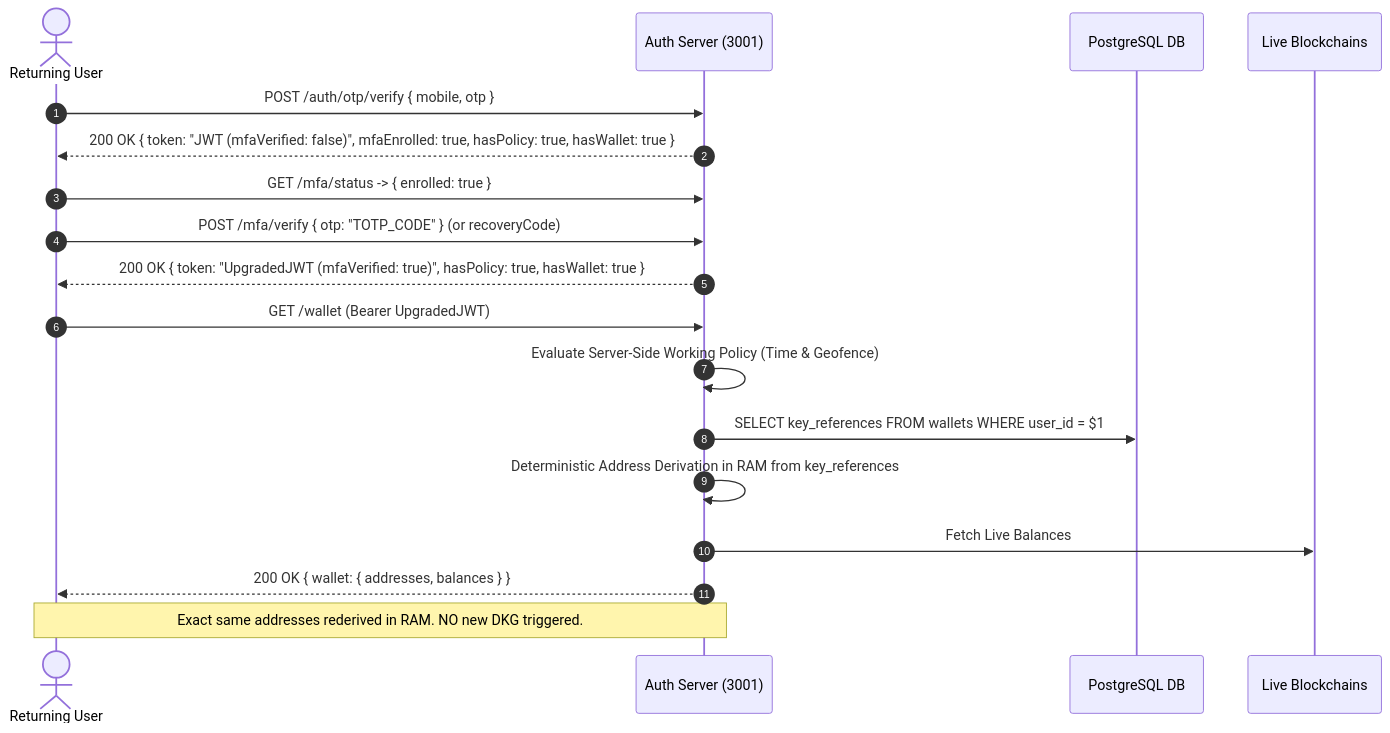
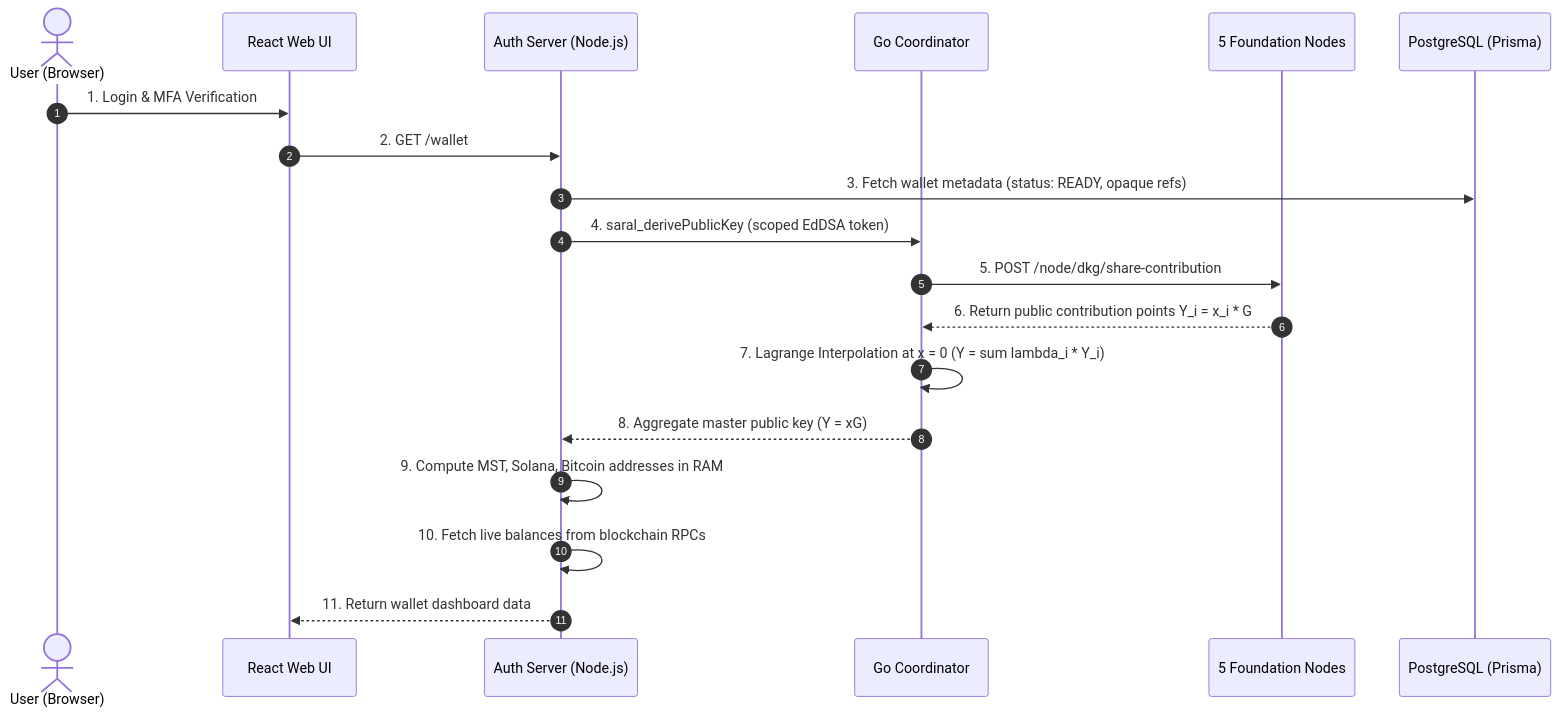
Before and after one commit to shubhammongoosetech/saral-poc: the fourth of 5 diagrams in SARAL_ARCHITECTURE.md, drawn with Mermaid. The commit also changed other lines of this file and 9 other files, not shown here.

Commit message:
refactor(protocol): complete codebase audit, dead code removal, API consolidation and architecture documentation

````diff
--- a/SARAL_ARCHITECTURE.md
+++ b/SARAL_ARCHITECTURE.md
@@ -131,23 +277,22 @@
 ```mermaid
 sequenceDiagram
     autonumber
-    actor User as Returning User
-    participant Auth as Auth Server (3001)
-    participant PG as PostgreSQL DB
-    participant Chains as Live Blockchains
+    actor User as User (Browser)
+    participant UI as React Web UI
+    participant Auth as Auth Server (Node.js)
+    participant Coord as Go Coordinator
+    participant Nodes as 5 Foundation Nodes
+    participant DB as PostgreSQL (Prisma)
 
-    User->>Auth: POST /auth/otp/verify { mobile, otp }
-    Auth-->>User: 200 OK { token: "JWT (mfaVerified: false)", mfaEnrolled: true, hasPolicy: true, hasWallet: true }
-
-    User->>Auth: GET /mfa/status -> { enrolled: true }
-    User->>Auth: POST /mfa/verify { otp: "TOTP_CODE" } (or recoveryCode)
-    Auth-->>User: 200 OK { token: "UpgradedJWT (mfaVerified: true)", hasPolicy: true, hasWallet: true }
-
-    User->>Auth: GET /wallet (Bearer UpgradedJWT)
-    Auth->>Auth: Evaluate Server-Side Working Policy (Time & Geofence)
-    Auth->>PG: SELECT key_references FROM wallets WHERE user_id = $1
-    Auth->>Auth: Deterministic Address Derivation in RAM from key_references
-    Auth->>Chains: Fetch Live Balances
-    Auth-->>User: 200 OK { wallet: { addresses, balances } }
-    Note over User,Auth: Exact same addresses rederived in RAM. NO new DKG triggered.
+    User->>UI: 1. Login & MFA Verification
+    UI->>Auth: 2. GET /wallet
+    Auth->>DB: 3. Fetch wallet metadata (status: READY, opaque refs)
+    Auth->>Coord: 4. saral_derivePublicKey (scoped EdDSA token)
+    Coord->>Nodes: 5. POST /node/dkg/share-contribution
+    Nodes-->>Coord: 6. Return public contribution points Y_i = x_i * G
+    Coord->>Coord: 7. Lagrange Interpolation at x = 0 (Y = sum lambda_i * Y_i)
+    Coord-->>Auth: 8. Aggregate master public key (Y = xG)
+    Auth->>Auth: 9. Compute MST, Solana, Bitcoin addresses in RAM
+    Auth->>Auth: 10. Fetch live balances from blockchain RPCs
+    Auth-->>UI: 11. Return wallet dashboard data
 ```
````
